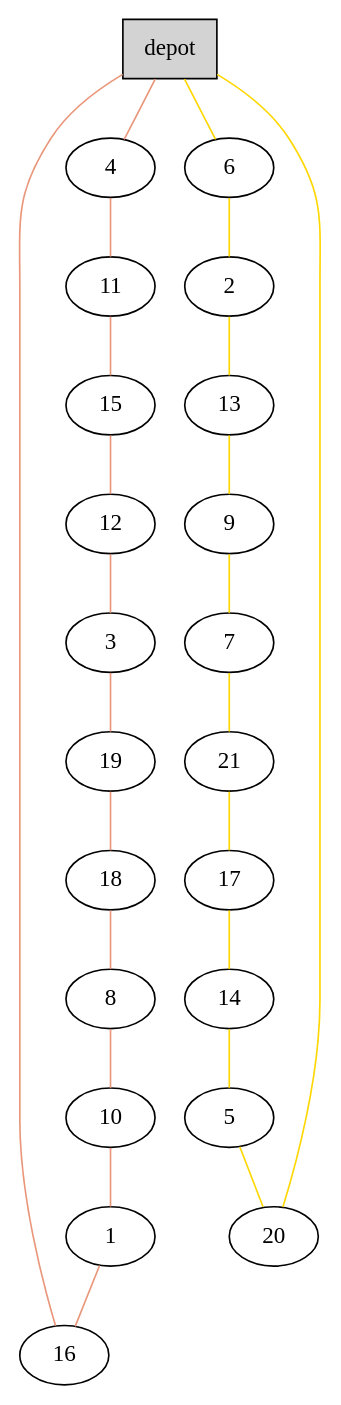
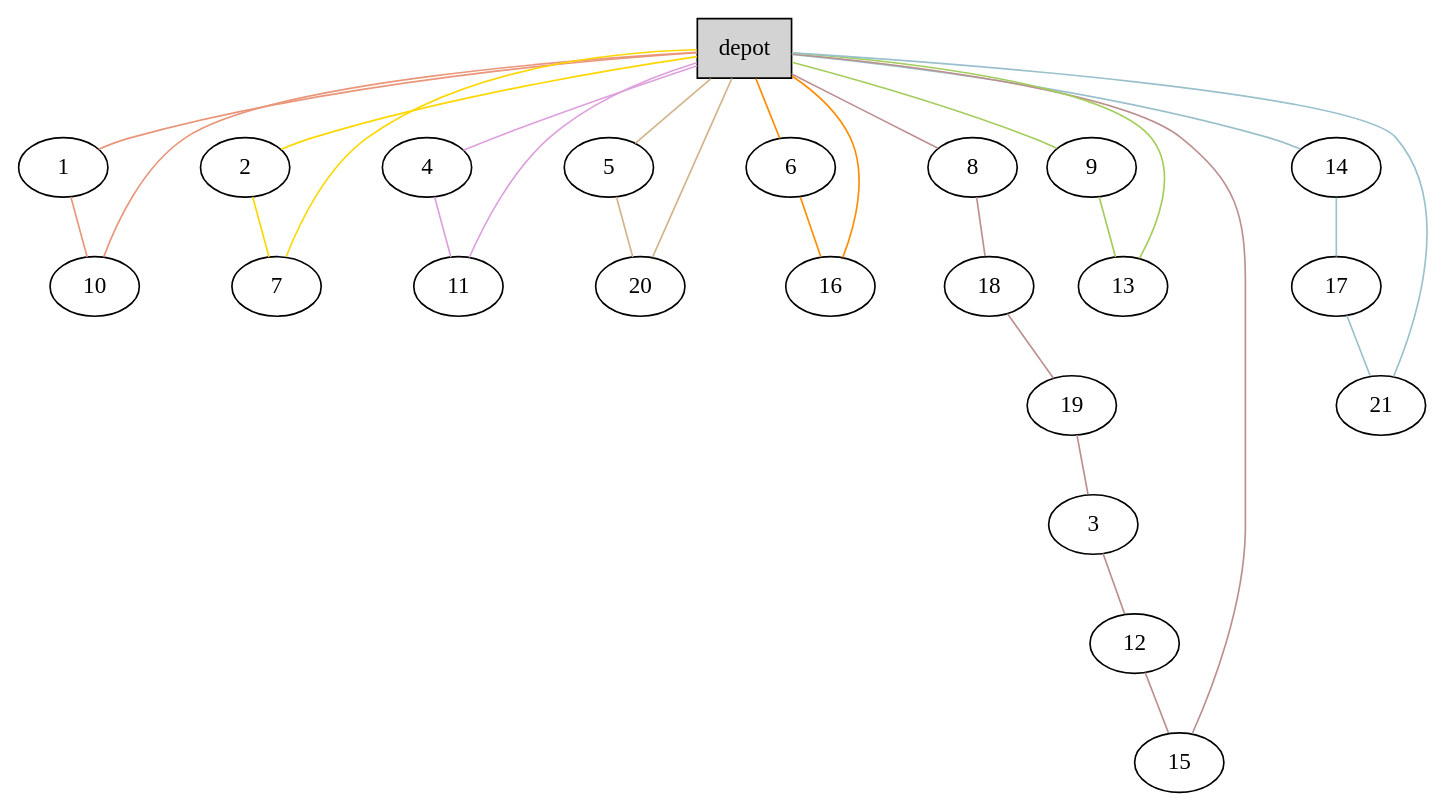
Before and after one commit to akheireddine/MAOA: the diagram in Instances/P/P-n22-k2_G.dot, drawn with Graphviz. The commit also changed 113 other files, not shown here.

```diff
--- a/Instances/P/P-n22-k2_G.dot
+++ b/Instances/P/P-n22-k2_G.dot
@@ -1,47 +1,53 @@
 graph G {
   0[shape = box, label = "depot", style = filled ];
+  1[shape = ellipse];
+  "0"--"1"[color = darksalmon];
+  10[shape = ellipse];
+  "1"--"10"[color = darksalmon];
+  "10"--"0"[color = darksalmon];
+  2[shape = ellipse];
+  "0"--"2"[color = gold];
+  7[shape = ellipse];
+  "2"--"7"[color = gold];
+  "7"--"0"[color = gold];
   4[shape = ellipse];
-  "0"--"4"[color = darksalmon];
+  "0"--"4"[color = plum];
   11[shape = ellipse];
-  "4"--"11"[color = darksalmon];
+  "4"--"11"[color = plum];
+  "11"--"0"[color = plum];
+  5[shape = ellipse];
+  "0"--"5"[color = tan];
+  20[shape = ellipse];
+  "5"--"20"[color = tan];
+  "20"--"0"[color = tan];
+  6[shape = ellipse];
+  "0"--"6"[color = darkorange];
+  16[shape = ellipse];
+  "6"--"16"[color = darkorange];
+  "16"--"0"[color = darkorange];
+  8[shape = ellipse];
+  "0"--"8"[color = rosybrown];
+  18[shape = ellipse];
+  "8"--"18"[color = rosybrown];
+  19[shape = ellipse];
+  "18"--"19"[color = rosybrown];
+  3[shape = ellipse];
+  "19"--"3"[color = rosybrown];
+  12[shape = ellipse];
+  "3"--"12"[color = rosybrown];
   15[shape = ellipse];
-  "11"--"15"[color = darksalmon];
-  12[shape = ellipse];
-  "15"--"12"[color = darksalmon];
-  3[shape = ellipse];
-  "12"--"3"[color = darksalmon];
-  19[shape = ellipse];
-  "3"--"19"[color = darksalmon];
-  18[shape = ellipse];
-  "19"--"18"[color = darksalmon];
-  8[shape = ellipse];
-  "18"--"8"[color = darksalmon];
-  10[shape = ellipse];
-  "8"--"10"[color = darksalmon];
-  1[shape = ellipse];
-  "10"--"1"[color = darksalmon];
-  16[shape = ellipse];
-  "1"--"16"[color = darksalmon];
-  "16"--"0"[color = darksalmon];
-  6[shape = ellipse];
-  "0"--"6"[color = gold];
-  2[shape = ellipse];
-  "6"--"2"[color = gold];
+  "12"--"15"[color = rosybrown];
+  "15"--"0"[color = rosybrown];
+  9[shape = ellipse];
+  "0"--"9"[color = darkolivegreen3];
   13[shape = ellipse];
-  "2"--"13"[color = gold];
-  9[shape = ellipse];
-  "13"--"9"[color = gold];
-  7[shape = ellipse];
-  "9"--"7"[color = gold];
+  "9"--"13"[color = darkolivegreen3];
+  "13"--"0"[color = darkolivegreen3];
+  14[shape = ellipse];
+  "0"--"14"[color = lightblue3];
+  17[shape = ellipse];
+  "14"--"17"[color = lightblue3];
   21[shape = ellipse];
-  "7"--"21"[color = gold];
-  17[shape = ellipse];
-  "21"--"17"[color = gold];
-  14[shape = ellipse];
-  "17"--"14"[color = gold];
-  5[shape = ellipse];
-  "14"--"5"[color = gold];
-  20[shape = ellipse];
-  "5"--"20"[color = gold];
-  "20"--"0"[color = gold];
+  "17"--"21"[color = lightblue3];
+  "21"--"0"[color = lightblue3];
 }
```
